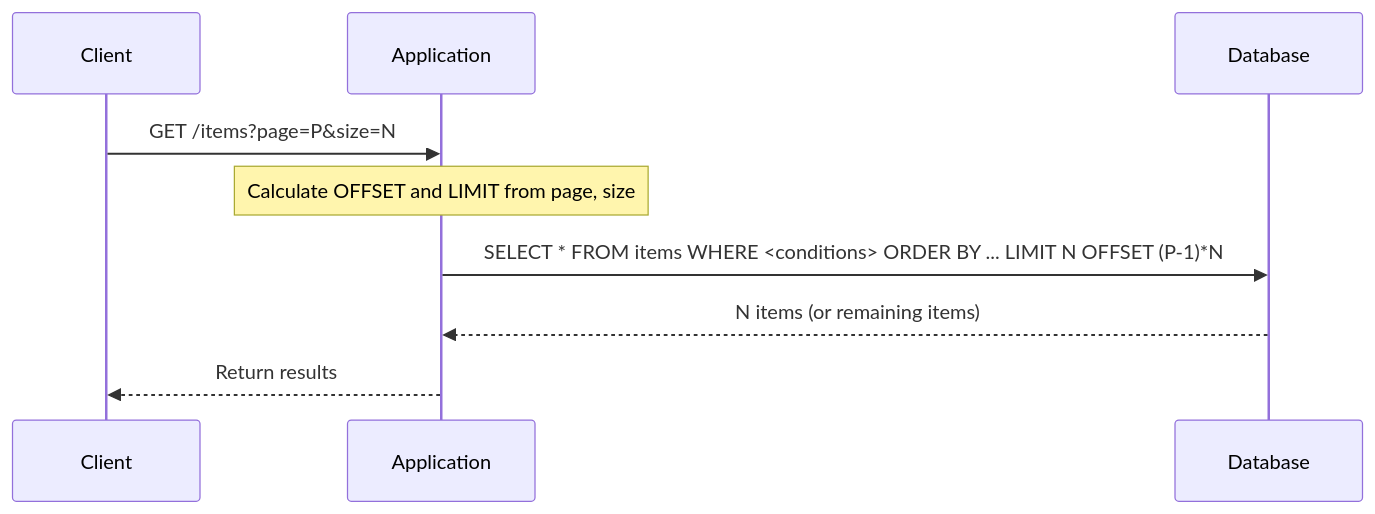
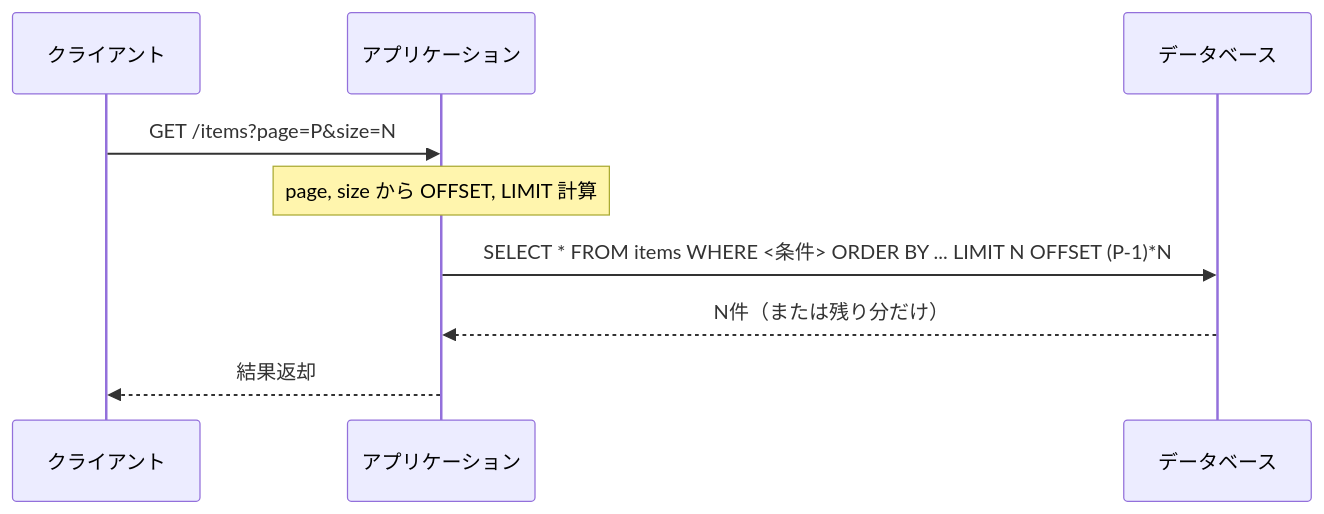
One commit to bmf-san/bmf-tech changed the third of 4 diagrams in content/en/posts/pagination-impact-solutions-opa.md. Above: the diagram before and after it, drawn with Mermaid. The commit also changed other lines of this file and 425 other files, not shown here.

````diff
--- a/content/en/posts/pagination-impact-solutions-opa.md
+++ b/content/en/posts/pagination-impact-solutions-opa.md
@@ -73,12 +75,12 @@
 ```mermaid
 sequenceDiagram
-    participant Client as Client
-    participant App as Application
-    participant DB as Database
+    participant Client as クライアント
+    participant App as アプリケーション
+    participant DB as データベース
 
     Client->>App: GET /items?page=P&size=N
-    Note over App: Calculate OFFSET and LIMIT from page, size
-    App->>DB: SELECT * FROM items WHERE <conditions> ORDER BY ... LIMIT N OFFSET (P-1)*N
-    DB-->>App: N items (or remaining items)
-    App-->>Client: Return results
+    Note over App: page, size から OFFSET, LIMIT 計算
+    App->>DB: SELECT * FROM items WHERE <条件> ORDER BY ... LIMIT N OFFSET (P-1)*N
+    DB-->>App: N件（または残り分だけ）
+    App-->>Client: 結果返却
 ```
````
